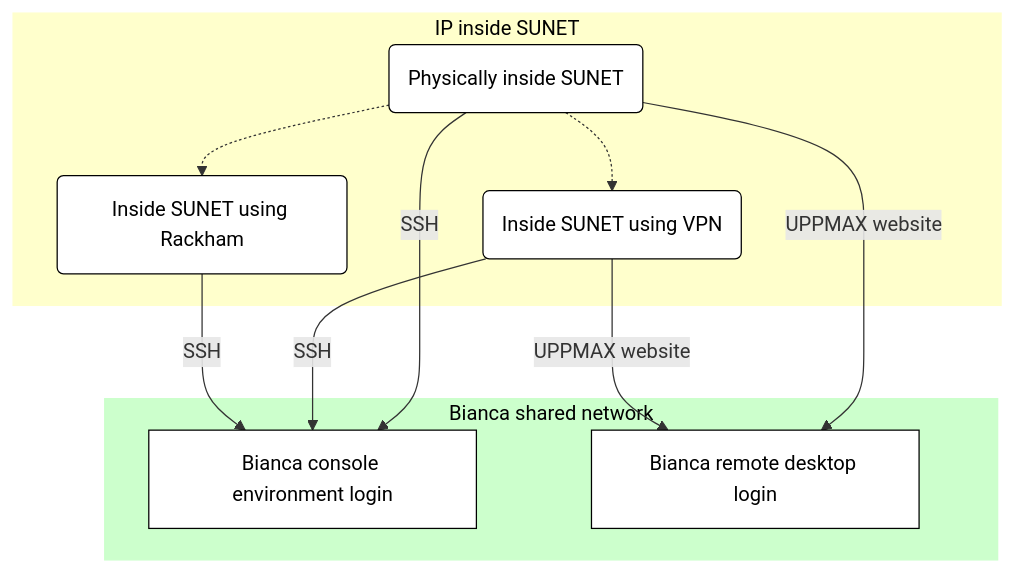
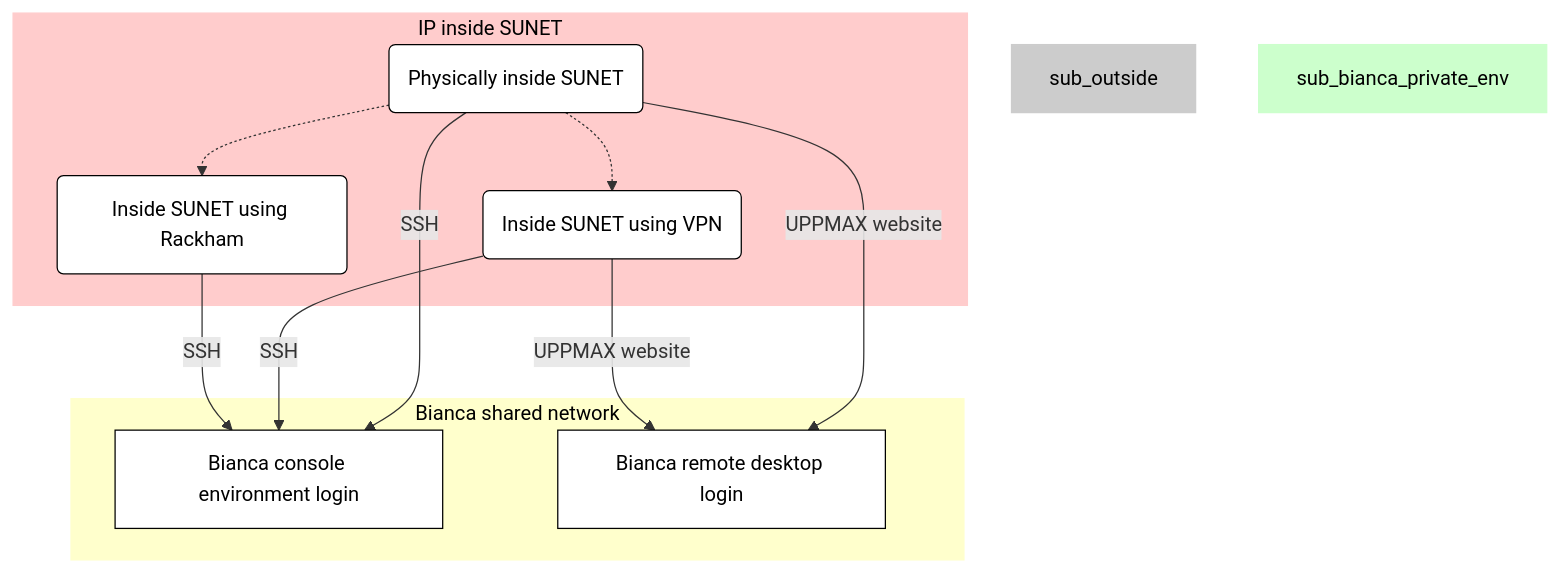
The third of 4 diagrams in docs/getting_started/login_bianca.md (UPPMAX/UPPMAX-documentation), drawn with Mermaid before and after one commit. The commit also changed other lines of this file, not shown here.

````diff
--- a/docs/getting_started/login_bianca.md
+++ b/docs/getting_started/login_bianca.md
@@ -332,30 +338,32 @@
 ```mermaid
 flowchart TD
 
     %% Give a white background, instead of a transparent one
     classDef node fill:#fff,color:#000,stroke:#000
     classDef focus_node fill:#fff,color:#000,stroke:#000,stroke-width:4px
 
     subgraph sub_inside[IP inside SUNET]
       physically_inside(Physically inside SUNET)
       inside_using_vpn(Inside SUNET using VPN)
       inside_using_rackham(Inside SUNET using Rackham)
     end
-    style sub_inside fill:#ffc,color:#000,stroke:#ffc
 
     subgraph sub_bianca_shared_env[Bianca shared network]
       bianca_shared_console[Bianca console environment login]
       bianca_shared_remote_desktop[Bianca remote desktop login] 
+    end
 
-    end
-    style sub_bianca_shared_env fill:#cfc,color:#000,stroke:#cfc
+    style sub_outside fill:#ccc,color:#000,stroke:#ccc
+    style sub_inside fill:#fcc,color:#000,stroke:#fcc
+    style sub_bianca_shared_env fill:#ffc,color:#000,stroke:#ffc
+    style sub_bianca_private_env fill:#cfc,color:#000,stroke:#cfc
 
     %% Inside SUNET
     physically_inside-->|SSH|bianca_shared_console
     physically_inside-->|UPPMAX website|bianca_shared_remote_desktop
     physically_inside-.->inside_using_rackham
     physically_inside-.->inside_using_vpn
     inside_using_vpn-->|SSH|bianca_shared_console
     inside_using_vpn-->|UPPMAX website|bianca_shared_remote_desktop
     inside_using_rackham-->|SSH|bianca_shared_console
 ```
````
